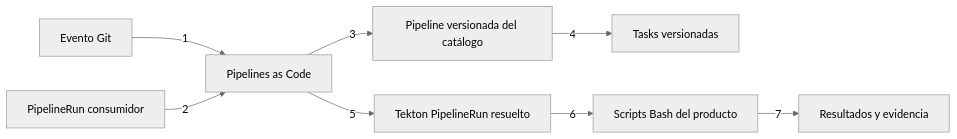
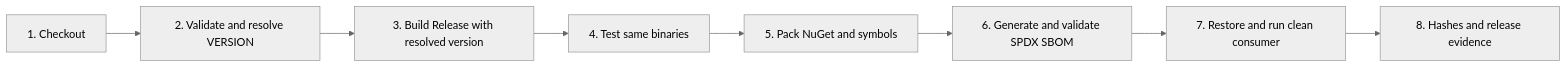
The second of 3 diagrams in docs/architecture/EAC_PIPELINE_CATALOG.md (eac-architecture/eac-pipeline-catalog), drawn with Mermaid (neutral theme) before and after one commit. The commit also changed other lines of this file and 22 other files, not shown here.

````diff
--- a/docs/architecture/EAC_PIPELINE_CATALOG.md
+++ b/docs/architecture/EAC_PIPELINE_CATALOG.md
@@ -28,10 +210,10 @@
 ```mermaid
 flowchart LR
-    EVT[Evento Git] -->|1| PAC[Pipelines as Code]
-    RUN[PipelineRun consumidor] -->|2| PAC
-    PAC -->|3| CAT[Pipeline versionada del catálogo]
-    CAT -->|4| TASKS[Tasks versionadas]
-    PAC -->|5| TEKTON[Tekton PipelineRun resuelto]
-    TEKTON -->|6| SCRIPTS[Scripts Bash del producto]
-    SCRIPTS -->|7| RESULT[Resultados y evidencia]
+    CHECKOUT[1. Checkout] --> VALIDATE[2. Validate and resolve VERSION]
+    VALIDATE --> BUILD[3. Build Release with resolved version]
+    BUILD --> TEST[4. Test same binaries]
+    TEST --> PACK[5. Pack NuGet and symbols]
+    PACK --> SBOM[6. Generate and validate SPDX SBOM]
+    SBOM --> SMOKE[7. Restore and run clean consumer]
+    SMOKE --> EVIDENCE[8. Hashes and release evidence]
 ```
````
